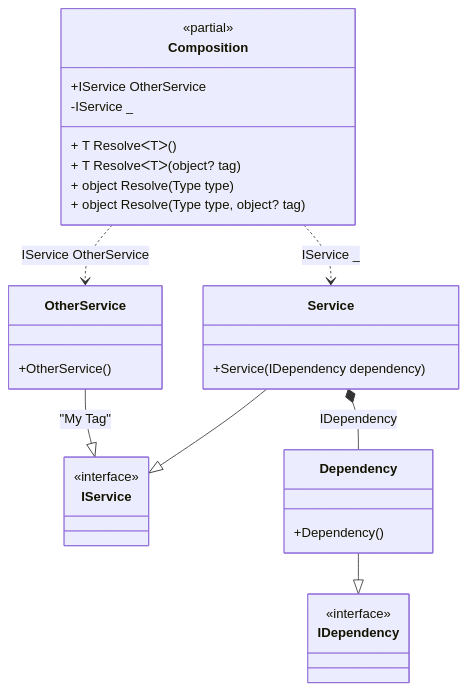
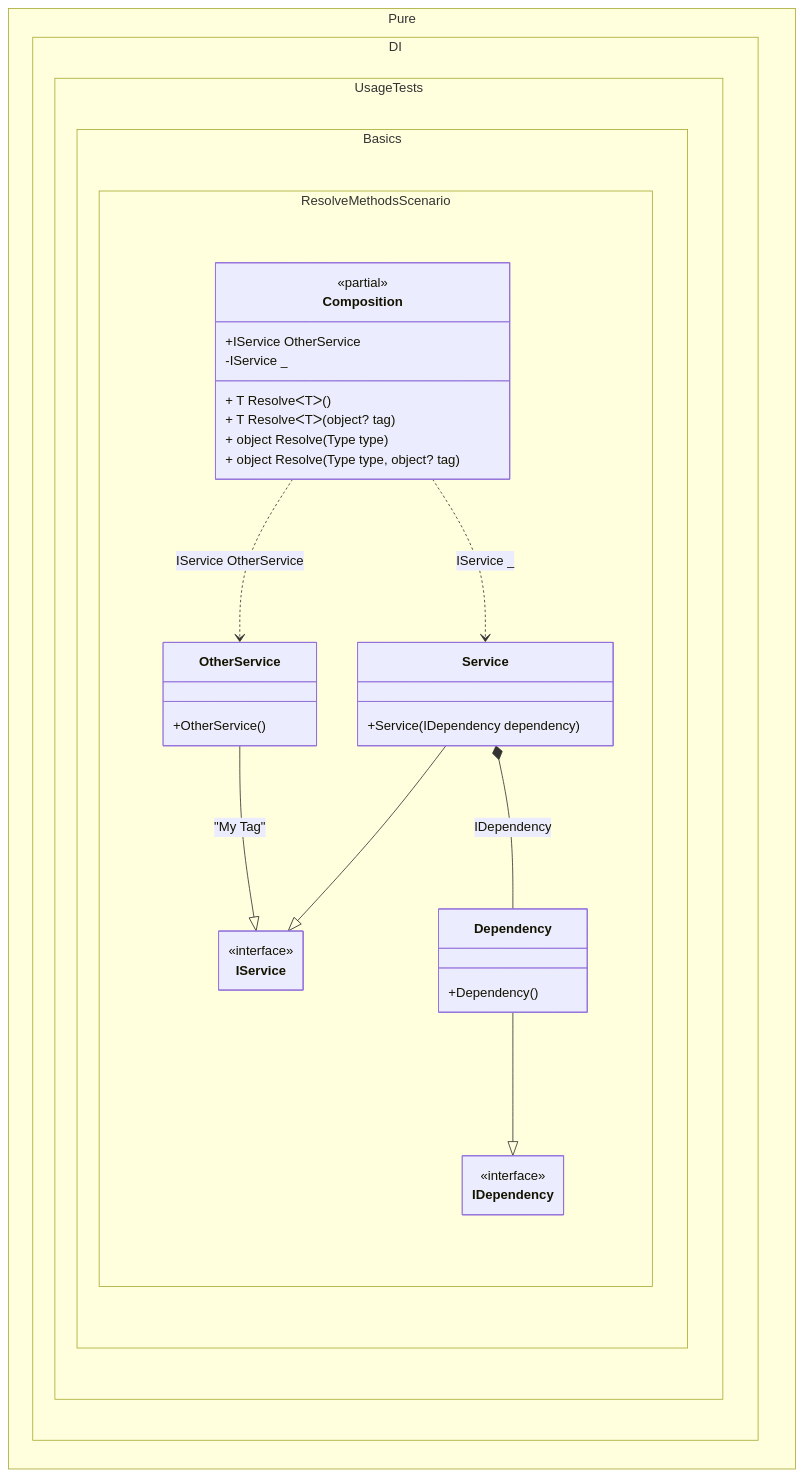
Before and after one commit to DevTeam/Pure.DI: the diagram in readme/resolve-methods.md, drawn with Mermaid. The commit also changed 103 other files, not shown here.

Commit message:
Improved class diagrams

````diff
--- a/readme/resolve-methods.md
+++ b/readme/resolve-methods.md
@@ -211,33 +211,40 @@
 ```mermaid
+---
+ config:
+  class:
+   hideEmptyMembersBox: true
+---
 classDiagram
-	class Composition {
+	OtherService --|> IService : "My Tag" 
+	Service --|> IService
+	Dependency --|> IDependency
+	Composition ..> OtherService : IService OtherService
+	Composition ..> Service : IService _
+	Service *--  Dependency : IDependency
+	namespace Pure.DI.UsageTests.Basics.ResolveMethodsScenario {
+		class Composition {
 		<<partial>>
 		+IService OtherService
 		-IService _
 		+ T ResolveᐸTᐳ()
 		+ T ResolveᐸTᐳ(object? tag)
 		+ object Resolve(Type type)
 		+ object Resolve(Type type, object? tag)
+		}
+		class Dependency {
+			+Dependency()
+		}
+		class IDependency {
+			<<interface>>
+		}
+		class IService {
+			<<interface>>
+		}
+		class OtherService {
+			+OtherService()
+		}
+		class Service {
+			+Service(IDependency dependency)
+		}
 	}
-	OtherService --|> IService : "My Tag" 
-	class OtherService {
-		+OtherService()
-	}
-	Service --|> IService
-	class Service {
-		+Service(IDependency dependency)
-	}
-	Dependency --|> IDependency
-	class Dependency {
-		+Dependency()
-	}
-	class IService {
-		<<interface>>
-	}
-	class IDependency {
-		<<interface>>
-	}
-	Composition ..> OtherService : IService OtherService
-	Composition ..> Service : IService _
-	Service *--  Dependency : IDependency
 ```
````
